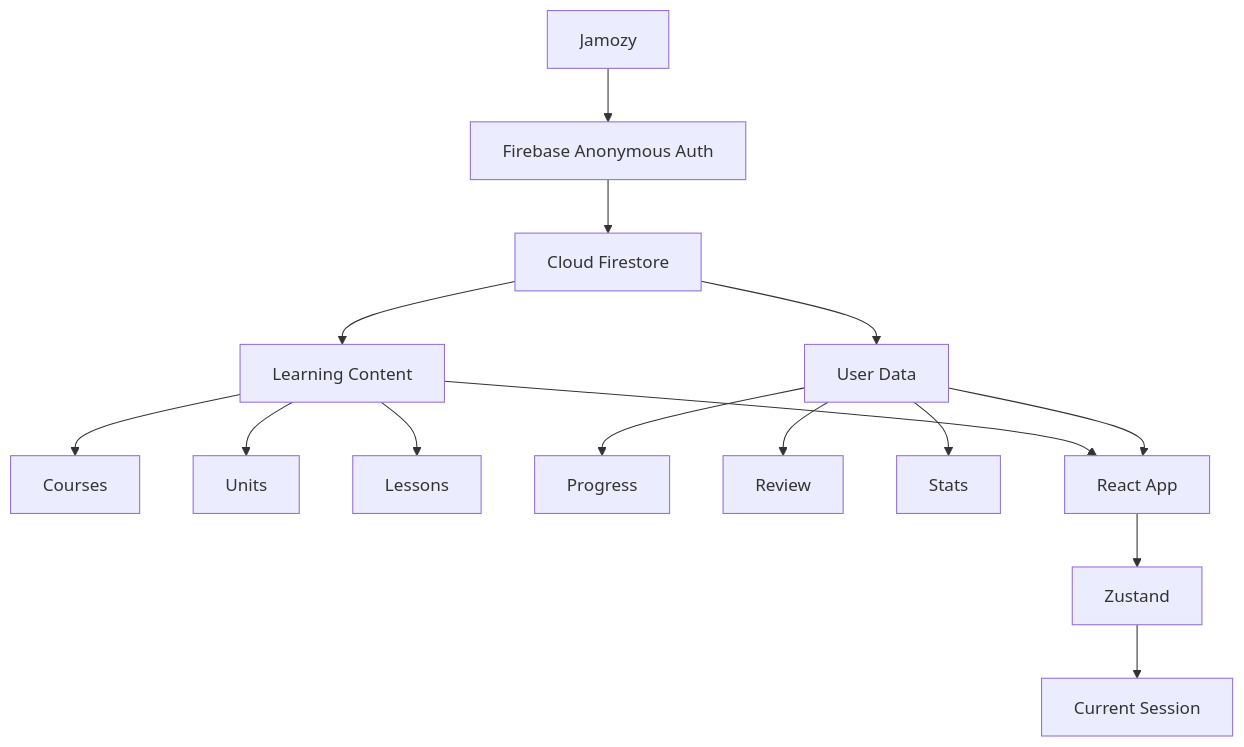
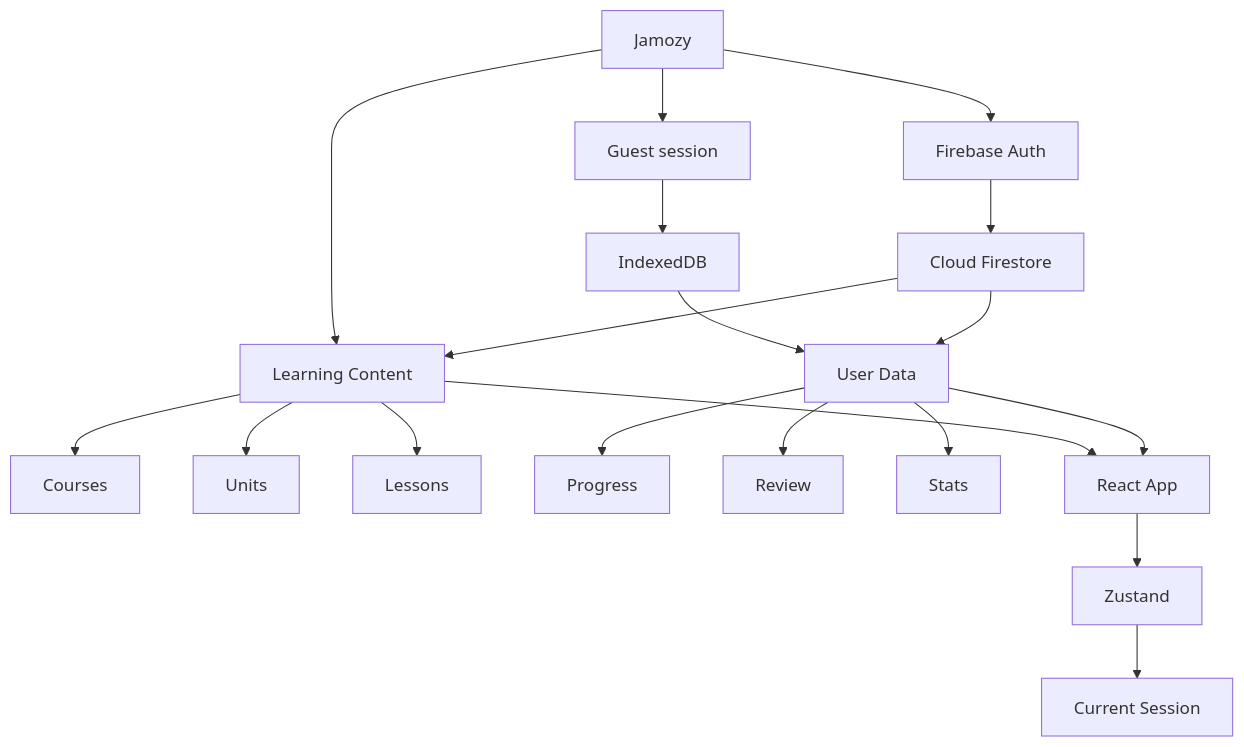
Before and after one commit to namchokGithub/jamozy: the diagram in README.md, drawn with Mermaid. The commit also changed other lines of this file and 5 other files, not shown here.

Commit message:
docs(auth): define guest persistence and account migration architecture

````diff
--- a/README.md
+++ b/README.md
@@ -91,41 +92,47 @@
 ```mermaid
 flowchart TD
     A[Jamozy]
-    B[Firebase Anonymous Auth]
-    C[Cloud Firestore]
+    B[Guest session]
+    C[IndexedDB]
+    D[Firebase Auth]
+    E[Cloud Firestore]
 
-    D[Learning Content]
-    E[User Data]
+    F[Learning Content]
+    G[User Data]
 
-    F[Courses]
-    G[Units]
-    H[Lessons]
+    H[Courses]
+    I[Units]
+    J[Lessons]
 
-    I[Progress]
-    J[Review]
-    K[Stats]
+    K[Progress]
+    L[Review]
+    M[Stats]
 
-    L[React App]
-    M[Zustand]
-    N[Current Session]
+    N[React App]
+    O[Zustand]
+    P[Current Session]
 
     A --> B
     B --> C
+    A --> D
+    D --> E
+    A --> F
 
-    C --> D
-    C --> E
+    E --> F
+    C --> G
+    E --> G
 
-    D --> F
-    D --> G
-    D --> H
+    F --> H
+    F --> I
+    F --> J
 
-    E --> I
-    E --> J
-    E --> K
+    G --> K
+    G --> L
+    G --> M
 
-    D --> L
-    E --> L
+    F --> N
+    G --> N
 
-    L --> M
-    M --> N
+    N --> O
+    O --> P
 ```
````
